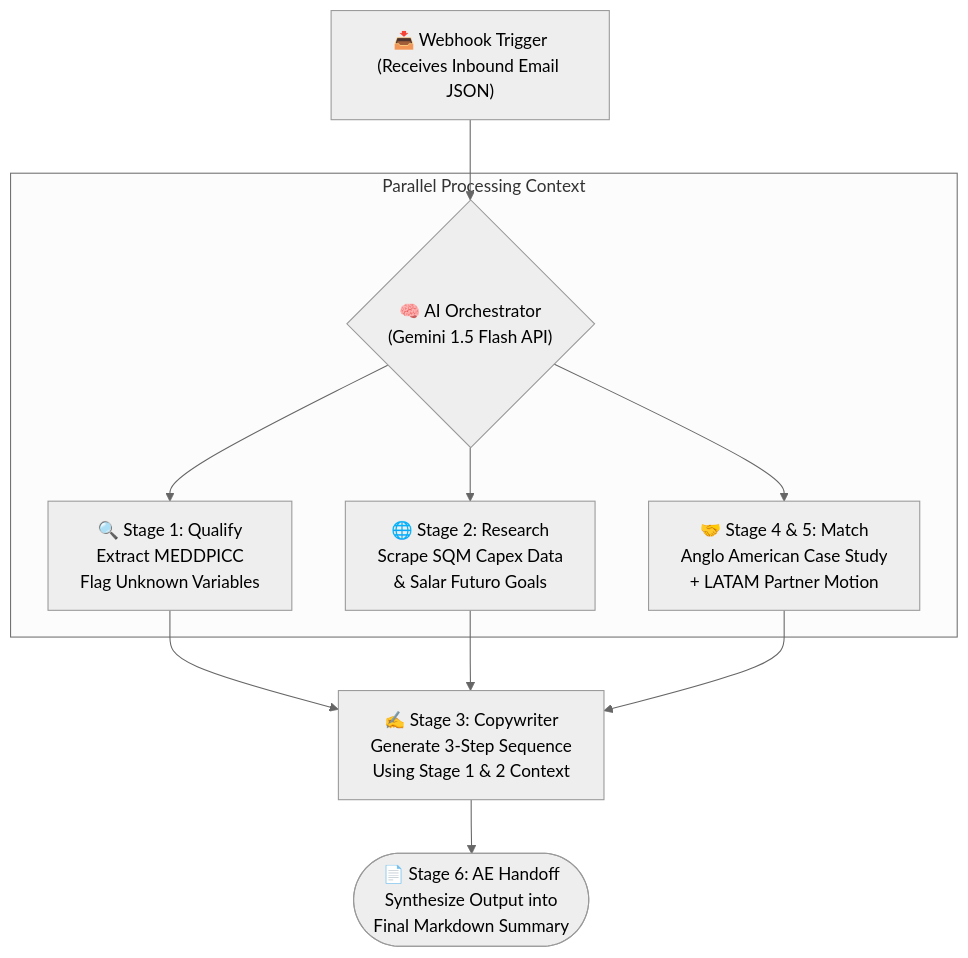
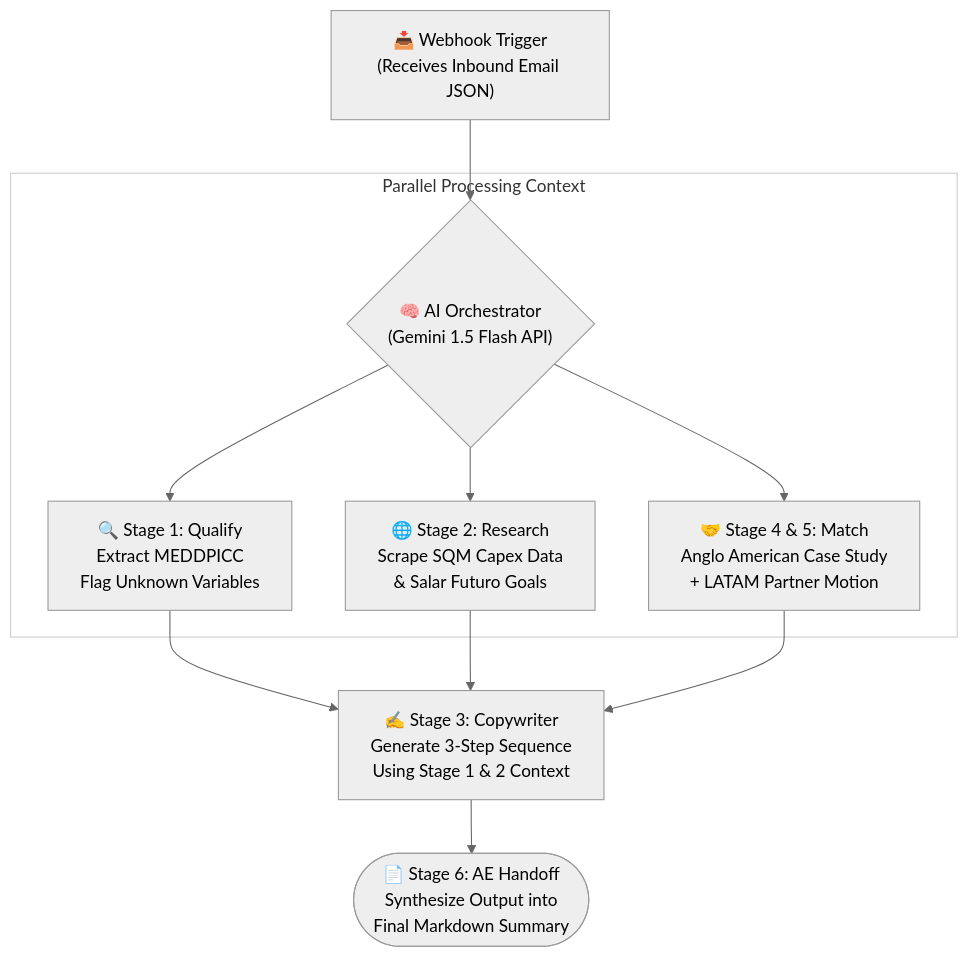
The diagram in submission.md (kanav232/FlytBase-Autopilot-BDR), drawn with Mermaid (neutral theme) before and after one commit.

Commit message:
Make Mermaid subgraph background transparent

````diff
--- a/submission.md
+++ b/submission.md
@@ -11,14 +11,15 @@
 ```mermaid
 flowchart TD
     A["📥 Webhook Trigger<br>(Receives Inbound Email JSON)"] --> B{"🧠 AI Orchestrator<br>(Gemini 1.5 Flash API)"}
     
-    subgraph Parallel Processing Context
+    subgraph ParallelContext [Parallel Processing Context]
         B --> C["🔍 Stage 1: Qualify<br>Extract MEDDPICC<br>Flag Unknown Variables"]
         B --> D["🌐 Stage 2: Research<br>Scrape SQM Capex Data<br>& Salar Futuro Goals"]
         B --> E["🤝 Stage 4 & 5: Match<br>Anglo American Case Study<br>+ LATAM Partner Motion"]
     end
+    style ParallelContext fill:transparent,stroke:#ccc
     
     C & D & E --> F["✍️ Stage 3: Copywriter<br>Generate 3-Step Sequence<br>Using Stage 1 & 2 Context"]
     
     F --> G(["📄 Stage 6: AE Handoff<br>Synthesize Output into<br>Final Markdown Summary"])
 ```
````
